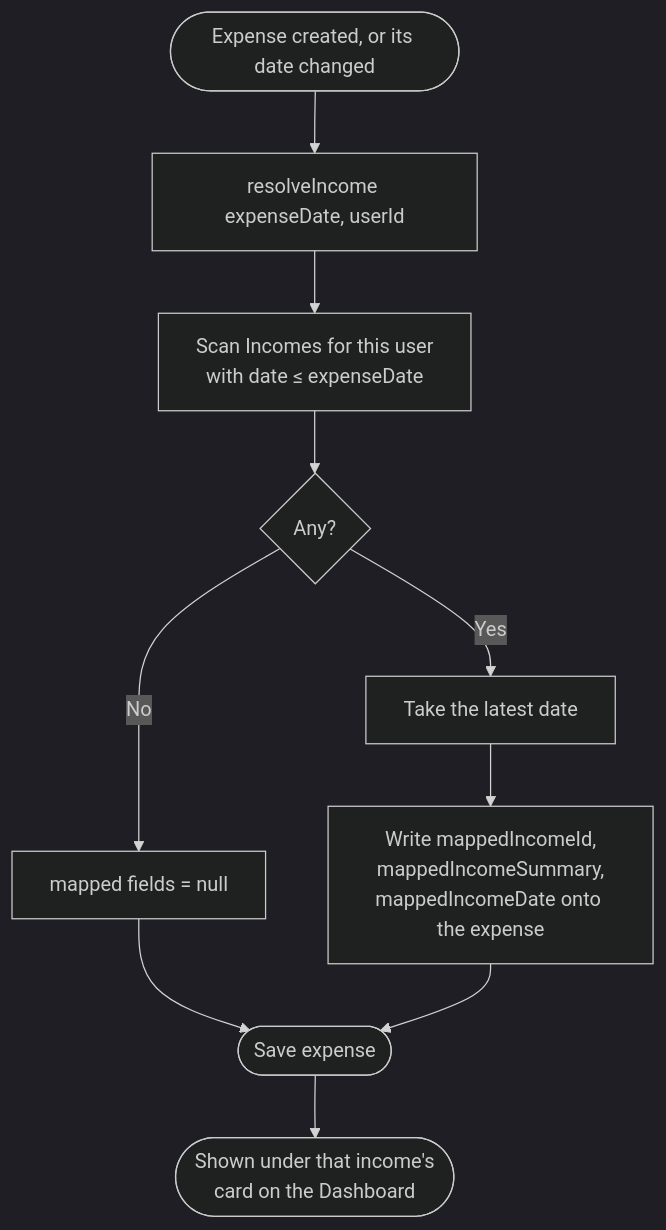
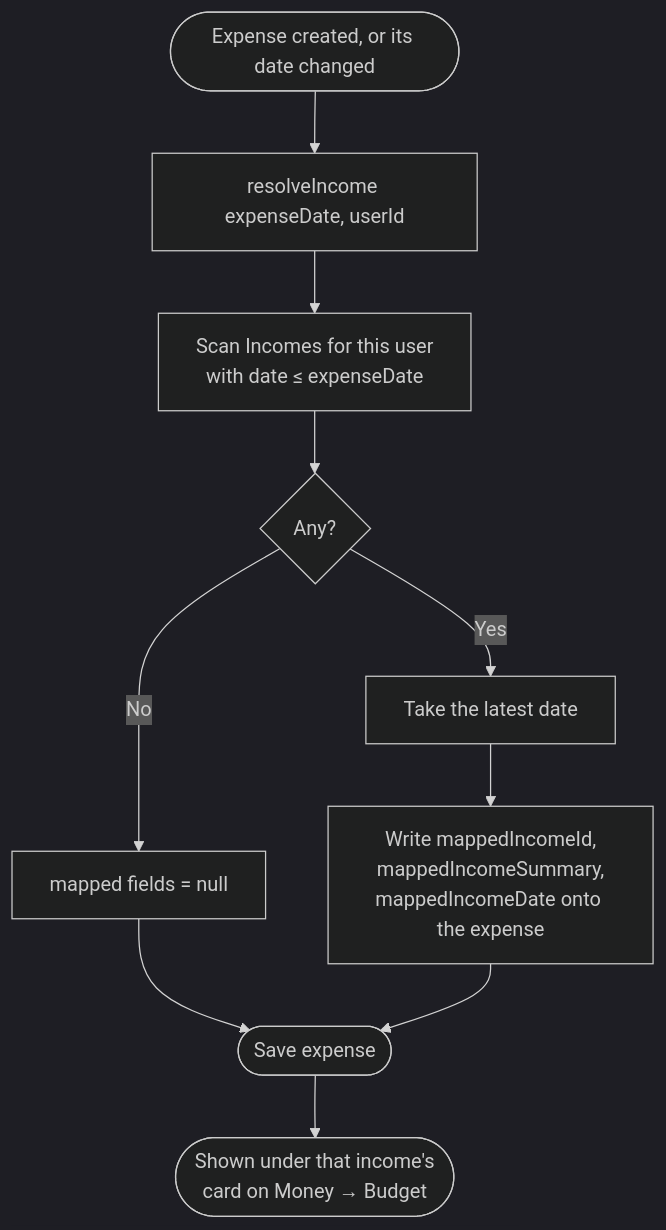
One commit to mnenciulescu/Finance4Tura changed the third of 4 diagrams in README.md. Above: the diagram before and after it, drawn with Mermaid (dark theme). The commit also changed other lines of this file and 7 other files, not shown here.

````diff
--- a/README.md
+++ b/README.md
@@ -249,12 +230,12 @@
 ```mermaid
 flowchart TD
     A([Expense created, or its date changed]) --> C[resolveIncome expenseDate, userId]
     C --> D[Scan Incomes for this user<br/>with date ≤ expenseDate]
     D --> E{Any?}
     E -- No --> F[mapped fields = null]
     E -- Yes --> G[Take the latest date]
     G --> H[Write mappedIncomeId,<br/>mappedIncomeSummary,<br/>mappedIncomeDate onto the expense]
     F --> I([Save expense])
     H --> I
-    I --> J([Shown under that income's<br/>card on the Dashboard])
+    I --> J([Shown under that income's<br/>card on Money → Budget])
 ```
````
